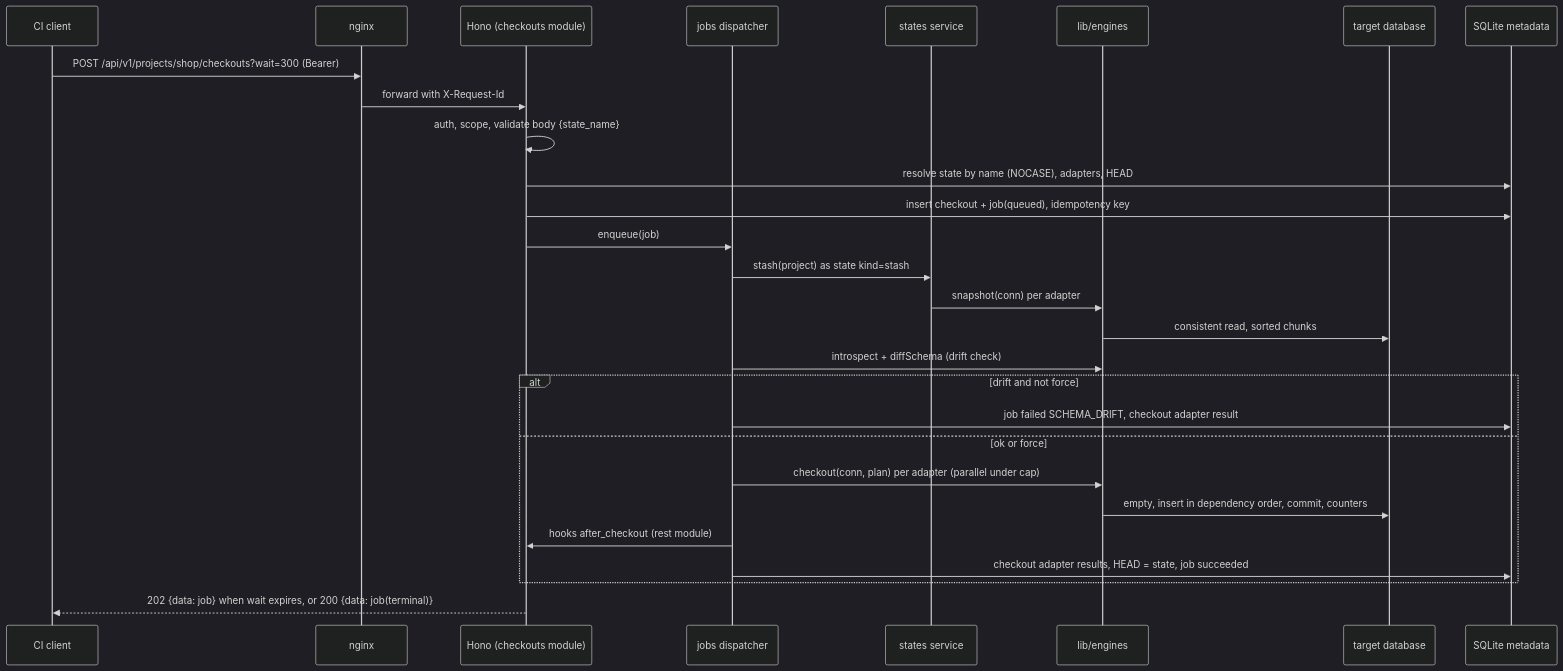
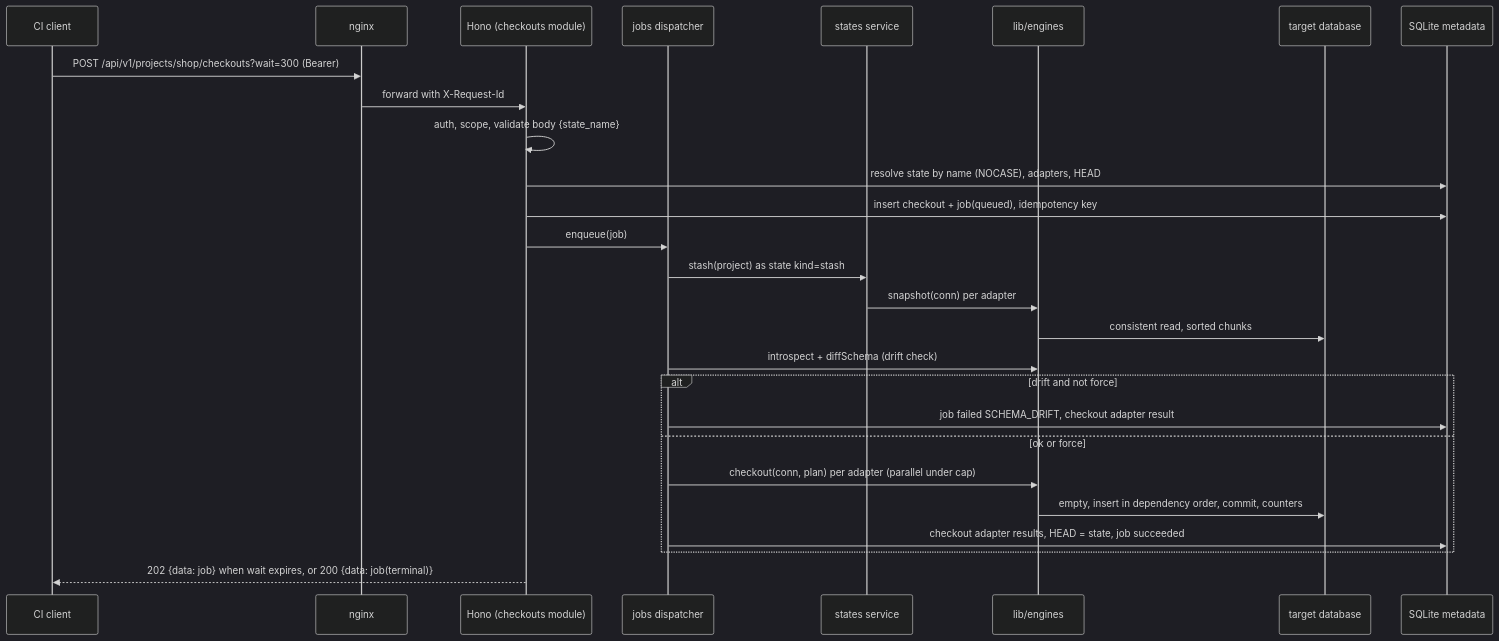
One commit to PT-Perkasa-Pilar-Utama/testate changed the second of 3 diagrams in docs/technical-specs/02-system-architecture.md. Above: the diagram before and after it, drawn with Mermaid (dark theme). The commit also changed other lines of this file and 34 other files, not shown here.

````diff
--- a/docs/technical-specs/02-system-architecture.md
+++ b/docs/technical-specs/02-system-architecture.md
@@ -75,31 +73,30 @@
 ```mermaid
 sequenceDiagram
   participant CI as CI client
   participant N as nginx
   participant H as Hono (checkouts module)
   participant J as jobs dispatcher
   participant S as states service
   participant E as lib/engines
   participant DB as target database
   participant M as SQLite metadata
 
   CI->>N: POST /api/v1/projects/shop/checkouts?wait=300 (Bearer)
   N->>H: forward with X-Request-Id
   H->>H: auth, scope, validate body {state_name}
   H->>M: resolve state by name (NOCASE), adapters, HEAD
   H->>M: insert checkout + job(queued), idempotency key
   H->>J: enqueue(job)
   J->>S: stash(project) as state kind=stash
   S->>E: snapshot(conn) per adapter
   E->>DB: consistent read, sorted chunks
   J->>E: introspect + diffSchema (drift check)
   alt drift and not force
     J->>M: job failed SCHEMA_DRIFT, checkout adapter result
   else ok or force
     J->>E: checkout(conn, plan) per adapter (parallel under cap)
     E->>DB: empty, insert in dependency order, commit, counters
-    J->>H: hooks after_checkout (rest module)
     J->>M: checkout adapter results, HEAD = state, job succeeded
   end
   H-->>CI: 202 {data: job} when wait expires, or 200 {data: job(terminal)}
 ```
````
